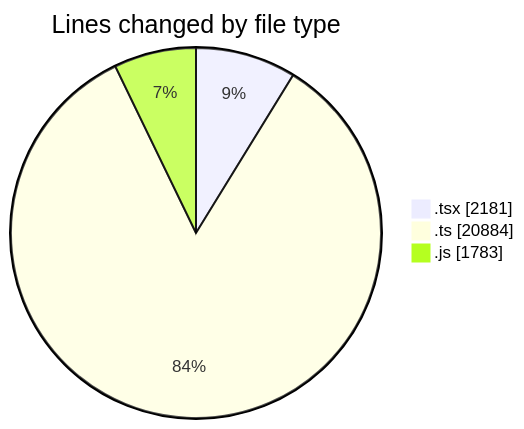
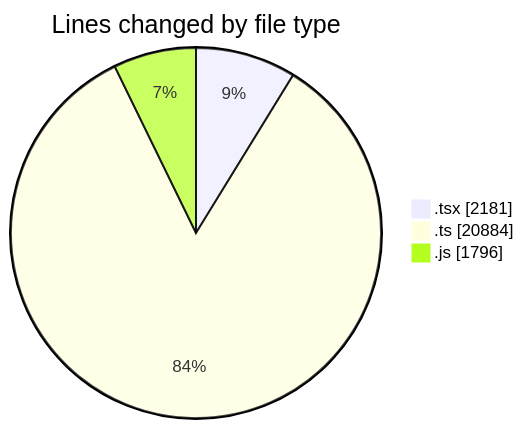
Before and after one commit to momahboobian/code-tracking: the first of 2 diagrams in 2026-07-31/cda/README.md, drawn with Mermaid. The commit also changed other lines of this file and 1 other file, not shown here.

````diff
--- a/2026-07-31/cda/README.md
+++ b/2026-07-31/cda/README.md
@@ -51,7 +51,7 @@
 ```mermaid
 pie showData
 title Lines changed by file type
 ".tsx" : 2181
 ".ts" : 20884
-".js" : 1783
+".js" : 1796
 ```
````
